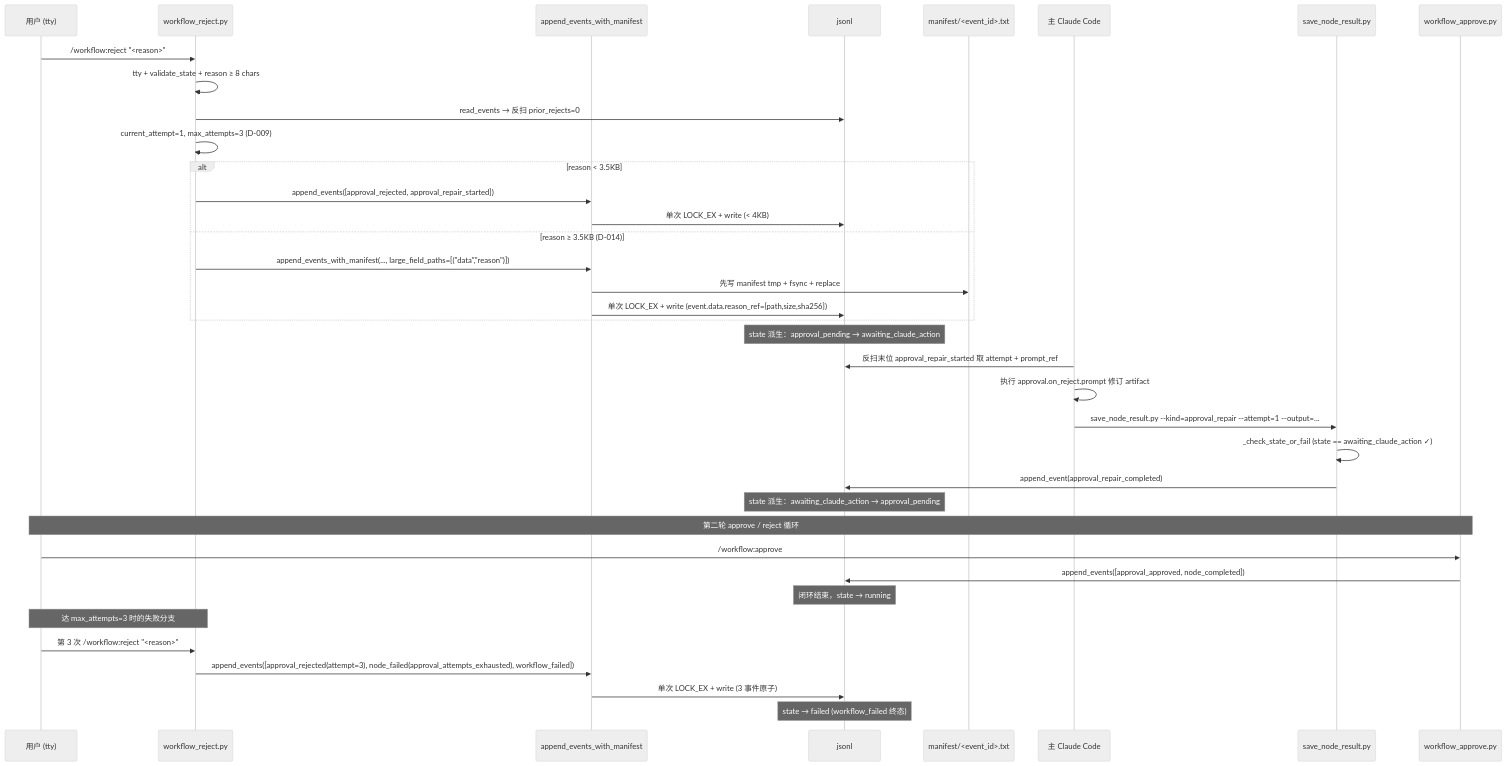
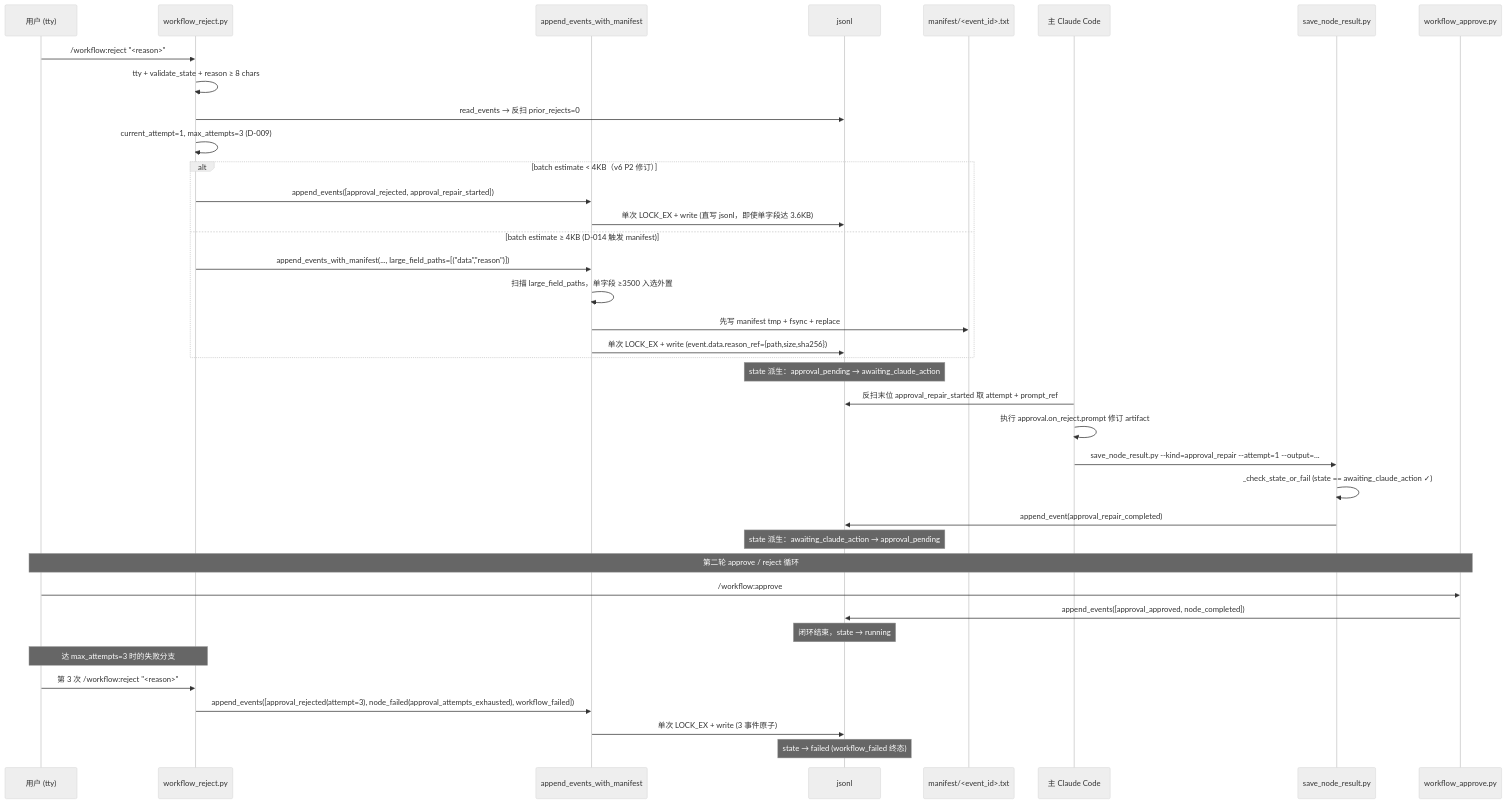
Before and after one commit to hjaaa/agentic-meta-engineering: the second of 8 diagrams in requirements/REQ-2026-011/artifacts/detailed-design.md, drawn with Mermaid (neutral theme). The commit also changed other lines of this file and 1 other file, not shown here.

````diff
--- a/requirements/REQ-2026-011/artifacts/detailed-design.md
+++ b/requirements/REQ-2026-011/artifacts/detailed-design.md
@@ -1245,44 +1355,45 @@
 ```mermaid
 sequenceDiagram
     participant U as 用户 (tty)
     participant Rej as workflow_reject.py
     participant AE as append_events_with_manifest
     participant FS as jsonl
     participant Mfst as manifest/<event_id>.txt
     participant MC as 主 Claude Code
     participant Save as save_node_result.py
     participant App as workflow_approve.py
 
     U->>Rej: /workflow:reject "<reason>"
     Rej->>Rej: tty + validate_state + reason ≥ 8 chars
     Rej->>FS: read_events → 反扫 prior_rejects=0
     Rej->>Rej: current_attempt=1, max_attempts=3 (D-009)
 
-    alt reason < 3.5KB
+    alt batch estimate < 4KB（v6 P2 修订）
         Rej->>AE: append_events([approval_rejected, approval_repair_started])
-        AE->>FS: 单次 LOCK_EX + write (< 4KB)
-    else reason ≥ 3.5KB (D-014)
+        AE->>FS: 单次 LOCK_EX + write (直写 jsonl，即使单字段达 3.6KB)
+    else batch estimate ≥ 4KB (D-014 触发 manifest)
         Rej->>AE: append_events_with_manifest(..., large_field_paths=[("data","reason")])
+        AE->>AE: 扫描 large_field_paths，单字段 ≥3500 入选外置
         AE->>Mfst: 先写 manifest tmp + fsync + replace
         AE->>FS: 单次 LOCK_EX + write (event.data.reason_ref={path,size,sha256})
     end
     Note over FS: state 派生：approval_pending → awaiting_claude_action
 
     MC->>FS: 反扫末位 approval_repair_started 取 attempt + prompt_ref
     MC->>MC: 执行 approval.on_reject.prompt 修订 artifact
     MC->>Save: save_node_result.py --kind=approval_repair --attempt=1 --output=...
     Save->>Save: _check_state_or_fail (state == awaiting_claude_action ✓)
     Save->>FS: append_event(approval_repair_completed)
     Note over FS: state 派生：awaiting_claude_action → approval_pending
 
     Note over U,App: 第二轮 approve / reject 循环
     U->>App: /workflow:approve
     App->>FS: append_events([approval_approved, node_completed])
     Note over FS: 闭环结束，state → running
 
     Note over U,Rej: 达 max_attempts=3 时的失败分支
     U->>Rej: 第 3 次 /workflow:reject "<reason>"
     Rej->>AE: append_events([approval_rejected(attempt=3), node_failed(approval_attempts_exhausted), workflow_failed])
     AE->>FS: 单次 LOCK_EX + write (3 事件原子)
     Note over FS: state → failed (workflow_failed 终态)
 ```
````
